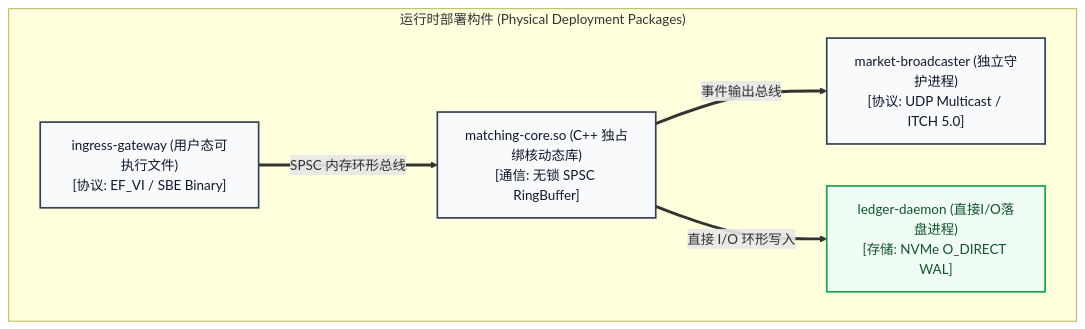
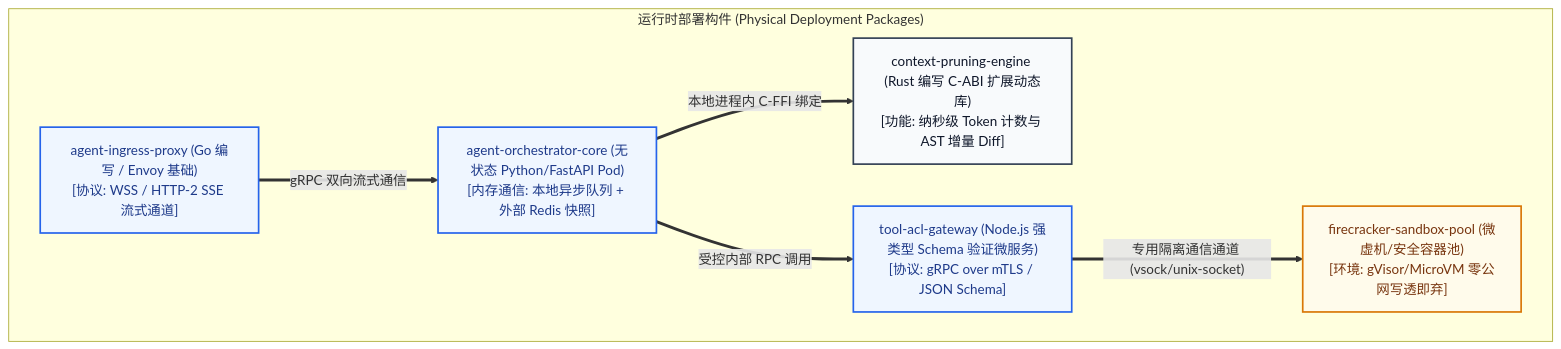
One commit to swizardlv/architect_skill changed the second of 3 diagrams in templates/component-model-template.md. Above: the diagram before and after it, drawn with Mermaid. The commit also changed other lines of this file and 10 other files, not shown here.

````diff
--- a/templates/component-model-template.md
+++ b/templates/component-model-template.md
@@ -43,18 +53,20 @@
 ```mermaid
 flowchart TD
     %% 物理构件样式
     classDef binPkg fill:#f8fafc,stroke:#334155,stroke-width:2px,color:#0f172a;
-    classDef storagePkg fill:#f0fdf4,stroke:#16a34a,stroke-width:2px,color:#14532d;
-    classDef protocolLink fill:#ffffff,stroke:#64748b,stroke-width:1px,color:#475569;
+    classDef containerPkg fill:#eff6ff,stroke:#2563eb,stroke-width:2px,color:#1e3a8a;
+    classDef sandboxPkg fill:#fffbeb,stroke:#d97706,stroke-width:2px,color:#78350f;
 
     subgraph PhysicalArtifacts ["运行时部署构件 (Physical Deployment Packages)"]
-        PkgGW["ingress-gateway (用户态可执行文件)<br/>[协议: EF_VI / SBE Binary]"]:::binPkg
-        PkgCore["matching-core.so (C++ 独占绑核动态库)<br/>[通信: 无锁 SPSC RingBuffer]"]:::binPkg
-        PkgEgress["market-broadcaster (独立守护进程)<br/>[协议: UDP Multicast / ITCH 5.0]"]:::binPkg
-        PkgStorage["ledger-daemon (直接I/O落盘进程)<br/>[存储: NVMe O_DIRECT WAL]"]:::storagePkg
+        PkgGateway["agent-ingress-proxy (Go 编写 / Envoy 基础)<br/>[协议: WSS / HTTP-2 SSE 流式通道]"]:::containerPkg
+        PkgOrchestrator["agent-orchestrator-core (无状态 Python/FastAPI Pod)<br/>[内存通信: 本地异步队列 + 外部 Redis 快照]"]:::containerPkg
+        PkgContextLib["context-pruning-engine (Rust 编写 C-ABI 扩展动态库)<br/>[功能: 纳秒级 Token 计数与 AST 增量 Diff]"]:::binPkg
+        PkgToolProxy["tool-acl-gateway (Node.js 强类型 Schema 验证微服务)<br/>[协议: gRPC over mTLS / JSON Schema]"]:::containerPkg
+        PkgMicroVM["firecracker-sandbox-pool (微虚机/安全容器池)<br/>[环境: gVisor/MicroVM 零公网写透即弃]"]:::sandboxPkg
     end
 
-    PkgGW ==>|"SPSC 内存环形总线"| PkgCore
-    PkgCore ==>|"事件输出总线"| PkgEgress
-    PkgCore ==>|"直接 I/O 环形写入"| PkgStorage
+    PkgGateway ==>|"gRPC 双向流式通信"| PkgOrchestrator
+    PkgOrchestrator ==>|"本地进程内 C-FFI 绑定"| PkgContextLib
+    PkgOrchestrator ==>|"受控内部 RPC 调用"| PkgToolProxy
+    PkgToolProxy ==>|"专用隔离通信通道 (vsock/unix-socket)"| PkgMicroVM
 ```
````
